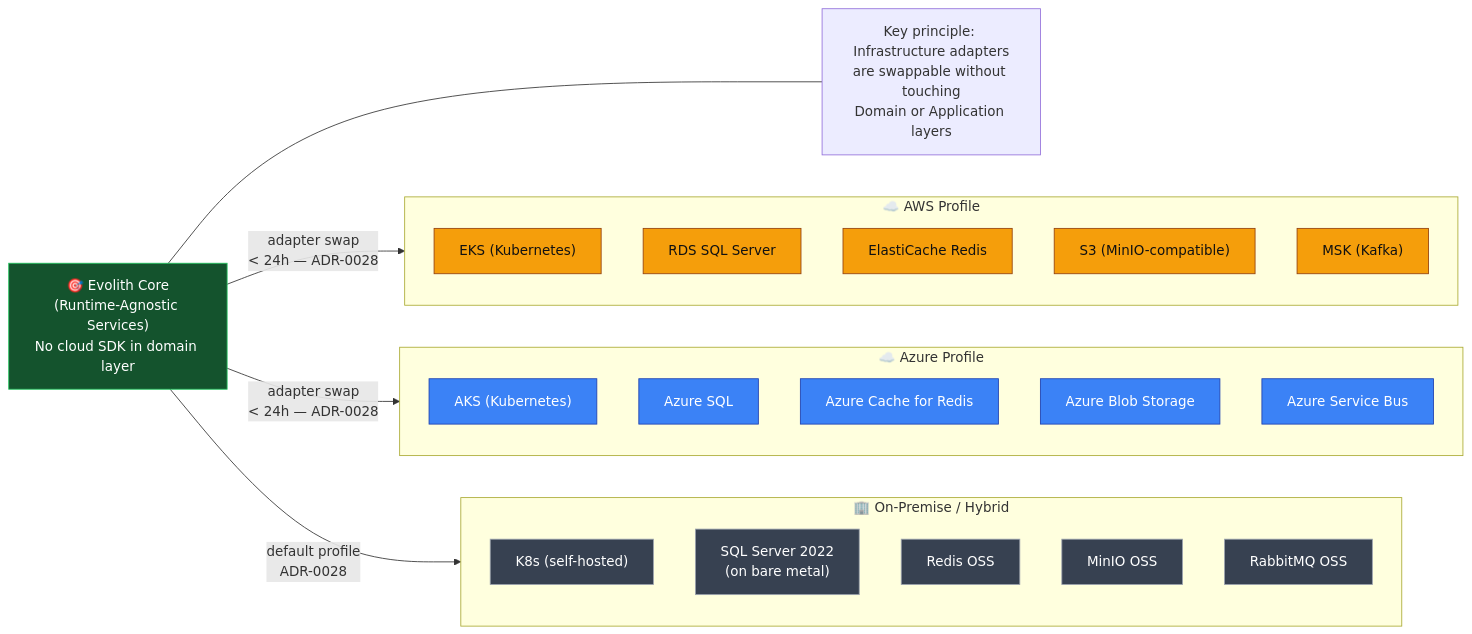
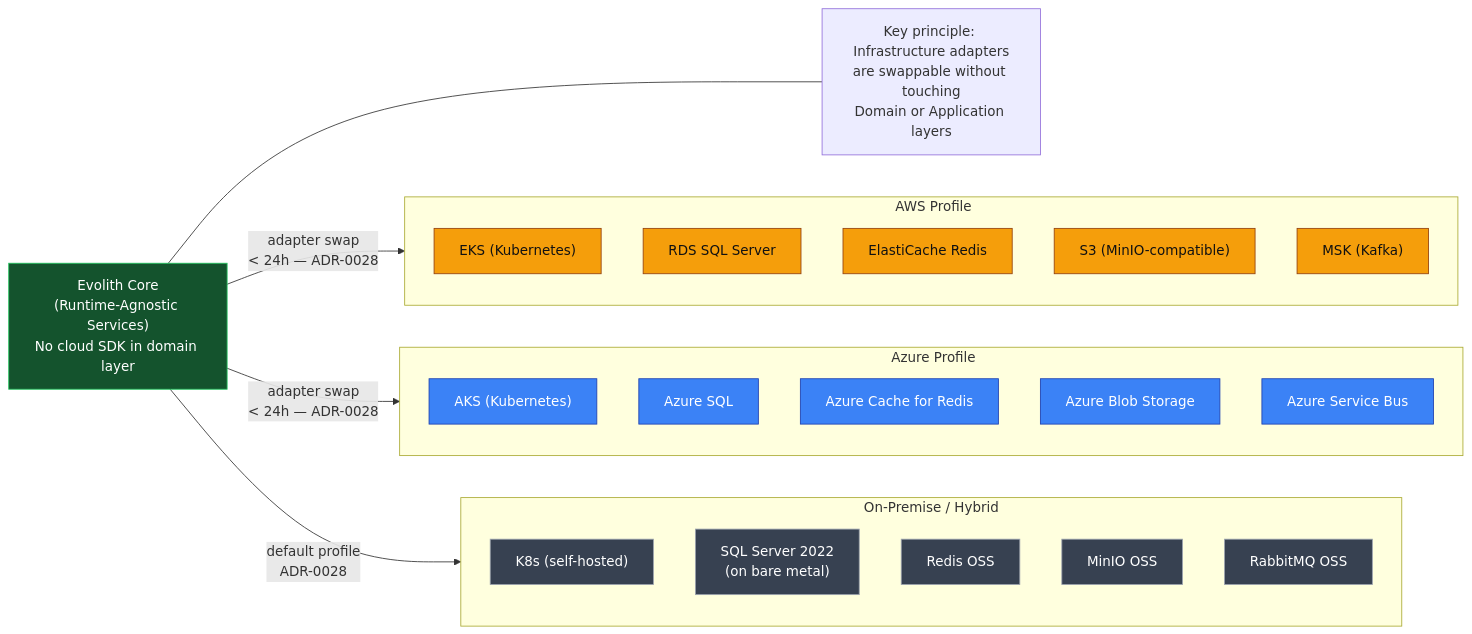
One commit to beyondnetcode/evolith_arch32 changed the third of 5 diagrams in reference/governance/standards/communication/visuals/v08-infrastructure-topology.md. Above: the diagram before and after it, drawn with Mermaid. The commit also changed other lines of this file and 41 other files, not shown here.

````diff
--- a/reference/governance/standards/communication/visuals/v08-infrastructure-topology.md
+++ b/reference/governance/standards/communication/visuals/v08-infrastructure-topology.md
@@ -128,43 +128,43 @@
 ```mermaid
 flowchart LR
     classDef aws fill:#f59e0b,stroke:#92400e,color:#111
     classDef azure fill:#3b82f6,stroke:#1e40af,color:#fff
     classDef onprem fill:#374151,stroke:#9ca3af,color:#fff
     classDef core fill:#14532d,stroke:#22c55e,color:#fff
 
-    CORE["🎯 Evolith Core\n(Runtime-Agnostic Services)\nNo cloud SDK in domain layer"]:::core
+    CORE[" Evolith Core\n(Runtime-Agnostic Services)\nNo cloud SDK in domain layer"]:::core
 
-    subgraph AWS["☁️ AWS Profile"]
+    subgraph AWS["️ AWS Profile"]
         direction TB
         AW1["EKS (Kubernetes)"]:::aws
         AW2["RDS SQL Server"]:::aws
         AW3["ElastiCache Redis"]:::aws
         AW4["S3 (MinIO-compatible)"]:::aws
         AW5["MSK (Kafka)"]:::aws
     end
 
-    subgraph AZURE["☁️ Azure Profile"]
+    subgraph AZURE["️ Azure Profile"]
         direction TB
         AZ1["AKS (Kubernetes)"]:::azure
         AZ2["Azure SQL"]:::azure
         AZ3["Azure Cache for Redis"]:::azure
         AZ4["Azure Blob Storage"]:::azure
         AZ5["Azure Service Bus"]:::azure
     end
 
-    subgraph ONPREM["🏢 On-Premise / Hybrid"]
+    subgraph ONPREM[" On-Premise / Hybrid"]
         direction TB
         OP1["K8s (self-hosted)"]:::onprem
         OP2["SQL Server 2022\n(on bare metal)"]:::onprem
         OP3["Redis OSS"]:::onprem
         OP4["MinIO OSS"]:::onprem
         OP5["RabbitMQ OSS"]:::onprem
     end
 
     CORE -->|"adapter swap\n< 24h — ADR-0028"| AWS
     CORE -->|"adapter swap\n< 24h — ADR-0028"| AZURE
     CORE -->|"default profile\nADR-0028"| ONPREM
 
     NOTE["Key principle: Infrastructure adapters\nare swappable without touching\nDomain or Application layers"]
     CORE --- NOTE
 ```
````
